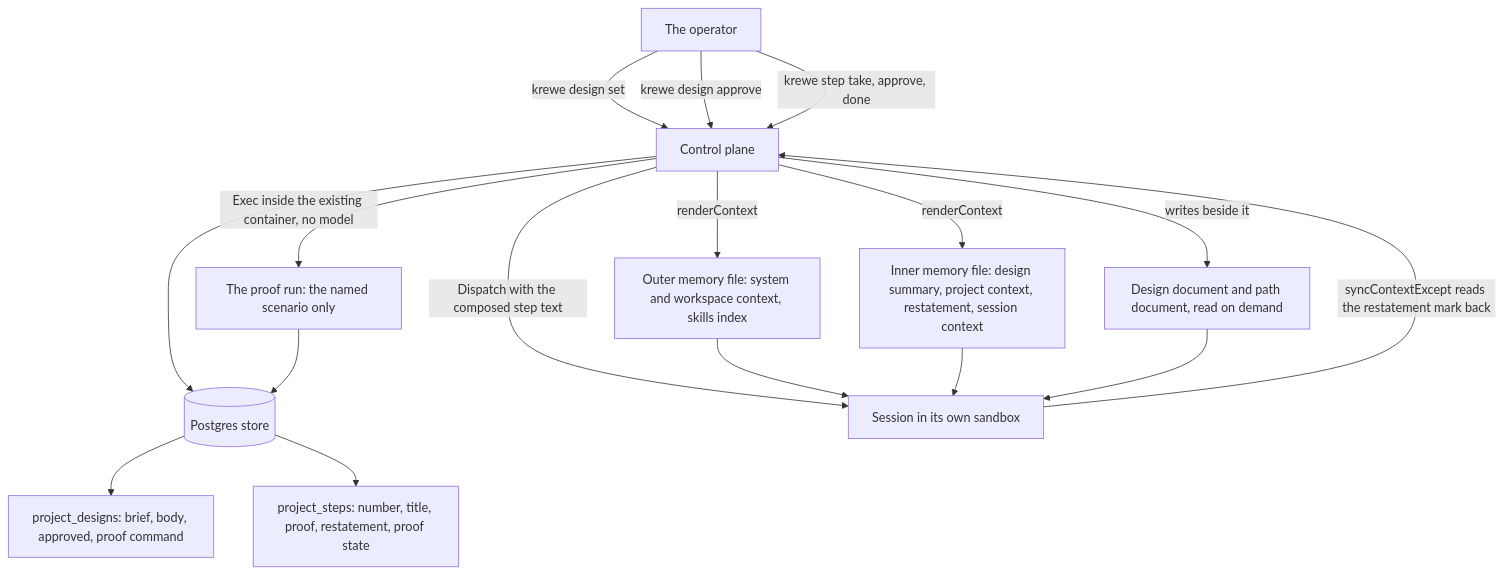
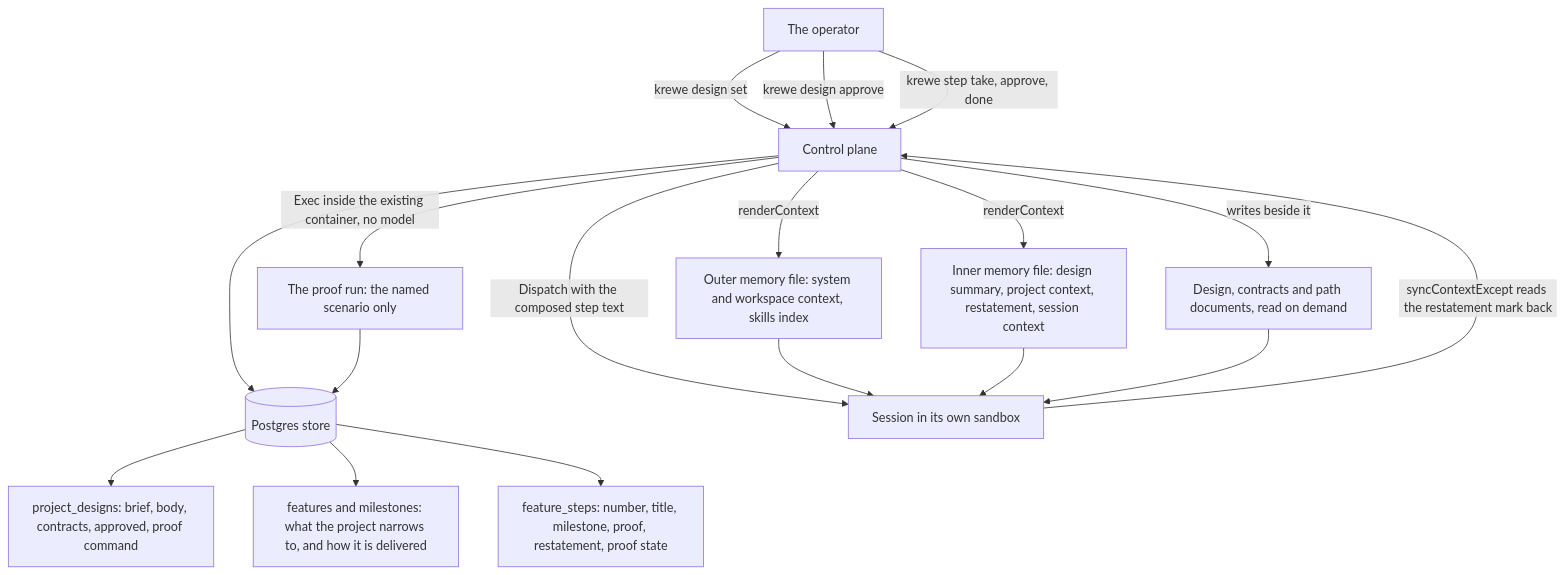
Before and after one commit to atlantic-blue/quay-crew: the second of 4 diagrams in .greenlight/DESIGN.md, drawn with Mermaid. The commit also changed other lines of this file and 3 other files, not shown here.

Commit message:
docs: a project carries features, and a feature is delivered in milestones (#711)

````diff
--- a/.greenlight/DESIGN.md
+++ b/.greenlight/DESIGN.md
@@ -414,19 +432,20 @@
 ```mermaid
 flowchart TD
   OP["The operator"] -->|"krewe design set"| CP["Control plane"]
   OP -->|"krewe design approve"| CP
   OP -->|"krewe step take, approve, done"| CP
   CP --> ST[("Postgres store")]
-  ST --> D["project_designs: brief, body, approved, proof command"]
-  ST --> P["project_steps: number, title, proof, restatement, proof state"]
+  ST --> D["project_designs: brief, body, contracts, approved, proof command"]
+  ST --> F["features and milestones: what the project narrows to, and how it is delivered"]
+  ST --> P["feature_steps: number, title, milestone, proof, restatement, proof state"]
   CP -->|"renderContext"| OUTER["Outer memory file: system and workspace context, skills index"]
   CP -->|"renderContext"| INNER["Inner memory file: design summary, project context, restatement, session context"]
-  CP -->|"writes beside it"| DOC["Design document and path document, read on demand"]
+  CP -->|"writes beside it"| DOC["Design, contracts and path documents, read on demand"]
   CP -->|"Dispatch with the composed step text"| SESS["Session in its own sandbox"]
   OUTER --> SESS
   INNER --> SESS
   DOC --> SESS
   SESS -->|"syncContextExcept reads the restatement mark back"| CP
   CP -->|"Exec inside the existing container, no model"| PROOF["The proof run: the named scenario only"]
   PROOF --> ST
 ```
````
